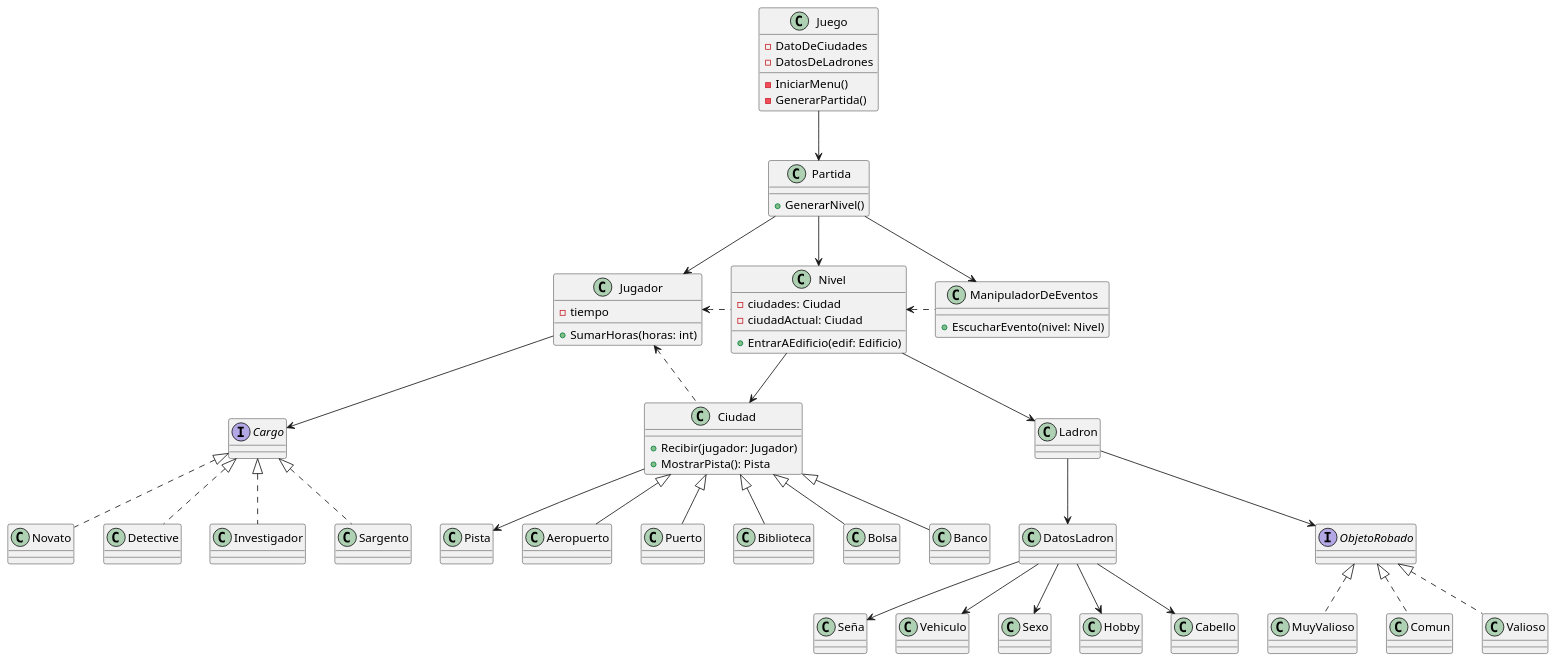
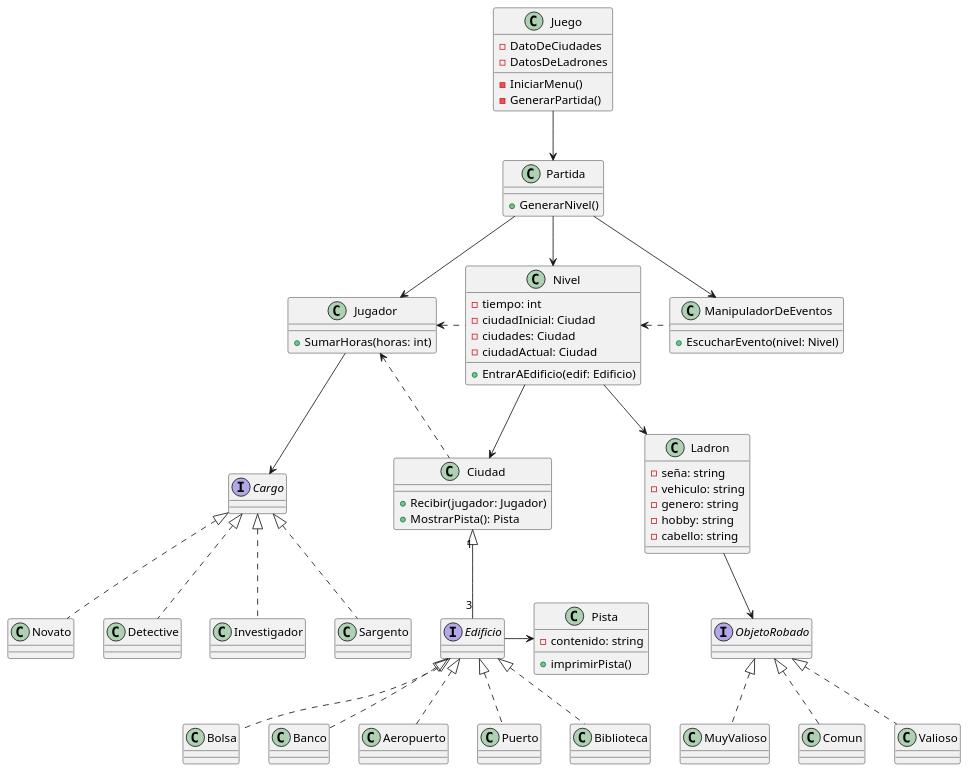
One commit to arilow/Algo3_TP2 changed the diagram in diagrams/classes/AlgoThief_Diagrama_Clase_UML.puml. Above: the diagram before and after it, drawn with PlantUML.

Commit message:
Actualizacion del diagrama de clases

```diff
--- a/diagrams/classes/AlgoThief_Diagrama_Clase_UML.puml
+++ b/diagrams/classes/AlgoThief_Diagrama_Clase_UML.puml
@@ -1,103 +1,110 @@
 @startuml algoThief
 class Juego {
-- DatoDeCiudades
-- DatosDeLadrones
+    - DatoDeCiudades
+    - DatosDeLadrones
 
-- IniciarMenu()
-- GenerarPartida()
+    - IniciarMenu()
+    - GenerarPartida()
 
 }
 
 class Partida {
-' - jugador: Jugador
-' - ladron: Ladron
+    ' - jugador: Jugador
+    ' - ladron: Ladron
     + GenerarNivel()
 }
 
 class Nivel {
-- ciudades: Ciudad
-- ciudadActual: Ciudad
+    ' A futuro podria ser una fecha (date)
+    - tiempo: int
+    - ciudadInicial: Ciudad
+    - ciudades: Ciudad
+    - ciudadActual: Ciudad
 
-+ EntrarAEdificio(edif: Edificio)
+    + EntrarAEdificio(edif: Edificio)
 }
 
 class ManipuladorDeEventos {
-+ EscucharEvento(nivel: Nivel)
+    + EscucharEvento(nivel: Nivel)
 }
 
 class Jugador {
-    - tiempo
     + SumarHoras(horas: int)
 }
 
 class Ciudad {
     + Recibir(jugador: Jugador)
     + MostrarPista(): Pista
 }
 
 interface Cargo{}
 class Novato{}
 class Detective{}
 class Investigador{}
 class Sargento{}
 
-class Pista{}
+class Pista{
+    - contenido: string
+    ' + mostrarGraficos()
+     + imprimirPista()
+}
 
 class Aeropuerto{}
 class Puerto{}
 class Biblioteca{}
 class Bolsa{}
 class Banco{}
 
-class Ladron{}
-class DatosLadron{}
-class Sexo{}
+class Ladron{
+  - seña: string
+  - vehiculo: string
+  - genero: string
+  - hobby: string
+  - cabello: string
+}
 
 interface ObjetoRobado{}
 class Comun{}
 class Valioso{}
 class MuyValioso{}
+
+interface Edificio {
+}
 
 Jugador --> Cargo
 
 Cargo <|.. Novato
 Cargo <|.. Detective
 Cargo <|.. Investigador
 Cargo <|.. Sargento
 
-Ciudad <|-- Aeropuerto
-Ciudad <|-- Puerto
-Ciudad <|-- Biblioteca
-Ciudad <|-- Bolsa
-Ciudad <|-- Banco
+Ciudad "1" <|-- "3" Edificio
+Edificio <|.. Aeropuerto
+Edificio <|.. Puerto
+Edificio <|.. Biblioteca
+Edificio <|.. Bolsa
+Edificio <|.. Banco
 
-Ladron --> DatosLadron
-DatosLadron --> Sexo
-DatosLadron --> Hobby
-DatosLadron --> Cabello
-DatosLadron --> Seña
-DatosLadron --> Vehiculo
+Edificio -> Pista
 
 ObjetoRobado <|.. Comun
 ObjetoRobado <|.. Valioso
 ObjetoRobado <|.. MuyValioso
 
 Juego --> Partida
 
 Partida --> ManipuladorDeEventos
 Partida --> Jugador
 Partida --> Nivel
 
 Nivel --> Ciudad
 Nivel --> Ladron
 Nivel <. ManipuladorDeEventos
 
 
 Jugador <. Nivel
 Jugador <. Ciudad
 
 Ladron --> ObjetoRobado
 
-Ciudad -->Pista
-
 @enduml
```
